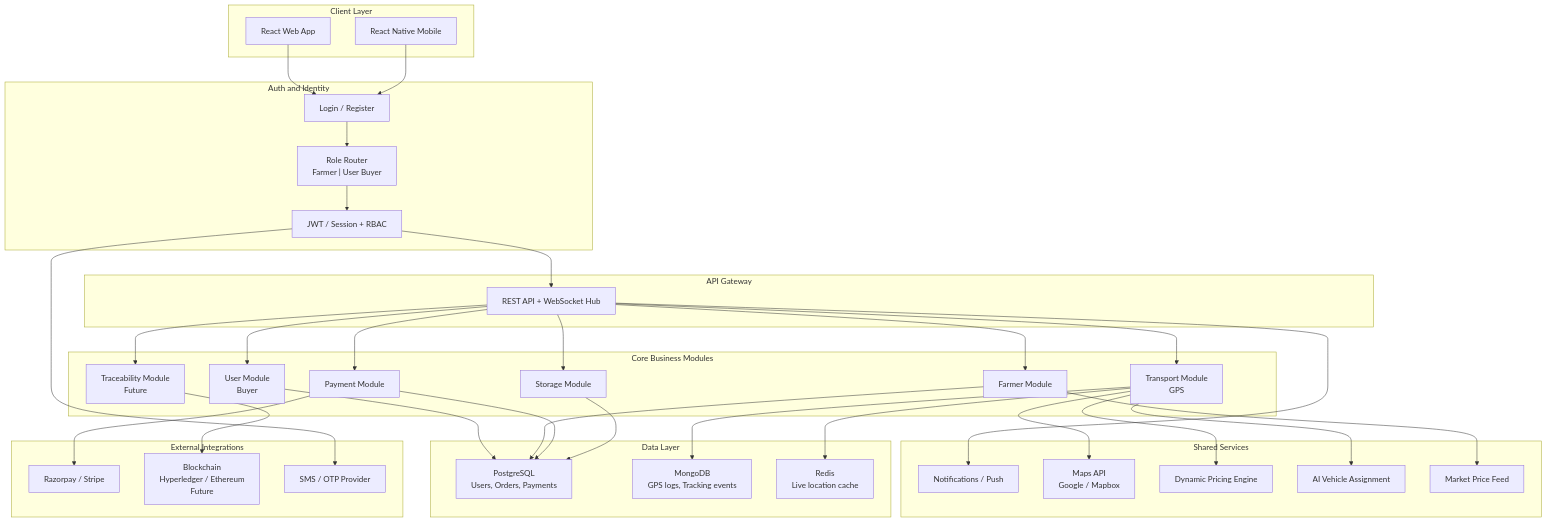
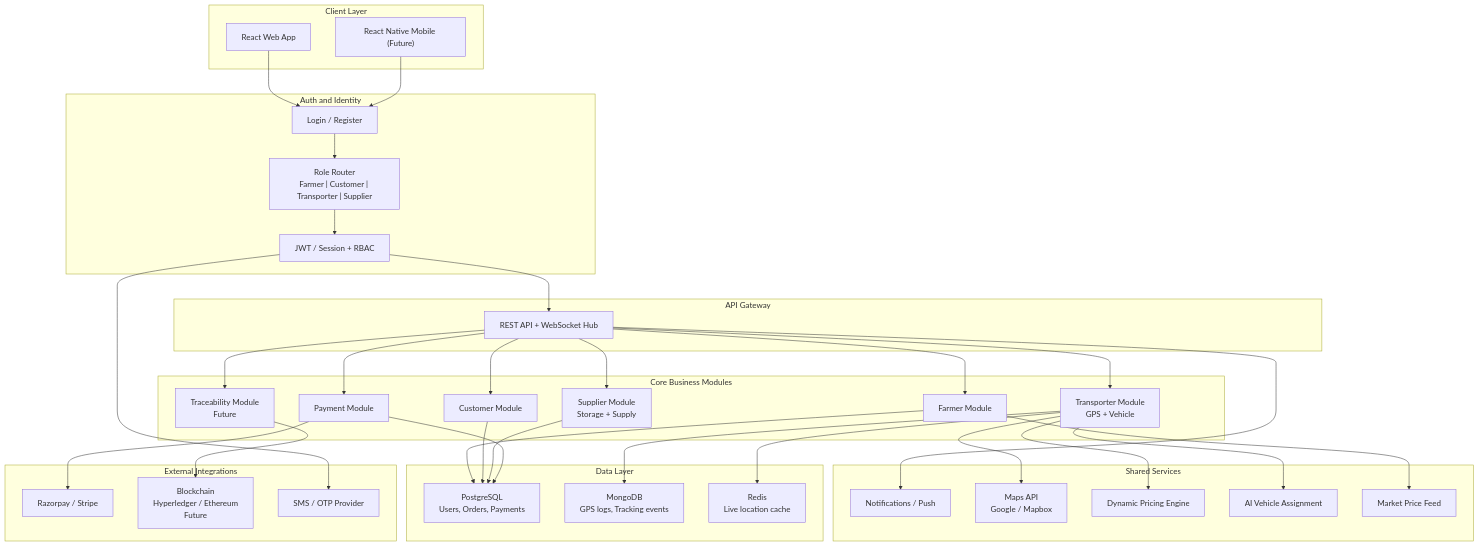
One commit to Kunal-Katkar/Cloud-Native-Food-Delivery-Platform changed the first of 5 diagrams in README.md. Above: the diagram before and after it, drawn with Mermaid. The commit also changed other lines of this file, not shown here.

````diff
--- a/README.md
+++ b/README.md
@@ -13,73 +97,73 @@
 ```mermaid
 flowchart TB
     subgraph Clients["Client Layer"]
         WEB["React Web App"]
-        MOB["React Native Mobile"]
+        MOB["React Native Mobile (Future)"]
     end
 
     subgraph Auth["Auth and Identity"]
         LOGIN["Login / Register"]
-        RBAC["Role Router<br/>Farmer | User Buyer"]
+        RBAC["Role Router<br/>Farmer | Customer | Transporter | Supplier"]
         JWT["JWT / Session + RBAC"]
     end
 
     subgraph Gateway["API Gateway"]
         GW["REST API + WebSocket Hub"]
     end
 
     subgraph CoreModules["Core Business Modules"]
-        USER_MOD["User Module<br/>Buyer"]
         FARM_MOD["Farmer Module"]
-        TRANS_MOD["Transport Module<br/>GPS"]
+        CUST_MOD["Customer Module"]
+        TRANS_MOD["Transporter Module<br/>GPS + Vehicle"]
+        SUPP_MOD["Supplier Module<br/>Storage + Supply"]
         PAY_MOD["Payment Module"]
-        STORE_MOD["Storage Module"]
         TRACE_MOD["Traceability Module<br/>Future"]
     end
 
     subgraph Services["Shared Services"]
         NOTIF["Notifications / Push"]
         MAPS["Maps API<br/>Google / Mapbox"]
         PRICING["Dynamic Pricing Engine"]
         AI_ASSIGN["AI Vehicle Assignment"]
         MARKET["Market Price Feed"]
     end
 
     subgraph Data["Data Layer"]
         PG["PostgreSQL<br/>Users, Orders, Payments"]
         MONGO["MongoDB<br/>GPS logs, Tracking events"]
         REDIS["Redis<br/>Live location cache"]
     end
 
     subgraph External["External Integrations"]
         RAZOR["Razorpay / Stripe"]
         BLOCK["Blockchain<br/>Hyperledger / Ethereum<br/>Future"]
         SMS["SMS / OTP Provider"]
     end
 
     WEB --> LOGIN
     MOB --> LOGIN
     LOGIN --> RBAC --> JWT --> GW
 
-    GW --> USER_MOD
     GW --> FARM_MOD
+    GW --> CUST_MOD
     GW --> TRANS_MOD
+    GW --> SUPP_MOD
     GW --> PAY_MOD
-    GW --> STORE_MOD
     GW --> TRACE_MOD
 
-    USER_MOD --> PG
     FARM_MOD --> PG
+    CUST_MOD --> PG
     TRANS_MOD --> MONGO
     TRANS_MOD --> REDIS
+    SUPP_MOD --> PG
     PAY_MOD --> PG
-    STORE_MOD --> PG
     TRACE_MOD --> BLOCK
 
     TRANS_MOD --> MAPS
     TRANS_MOD --> AI_ASSIGN
     TRANS_MOD --> PRICING
     FARM_MOD --> MARKET
     PAY_MOD --> RAZOR
     GW --> NOTIF
     JWT --> SMS
 ```
````
